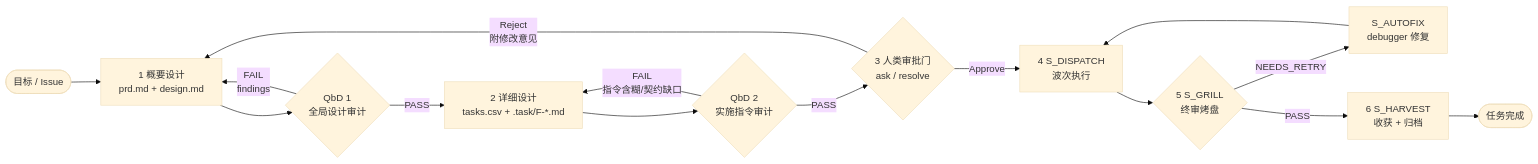
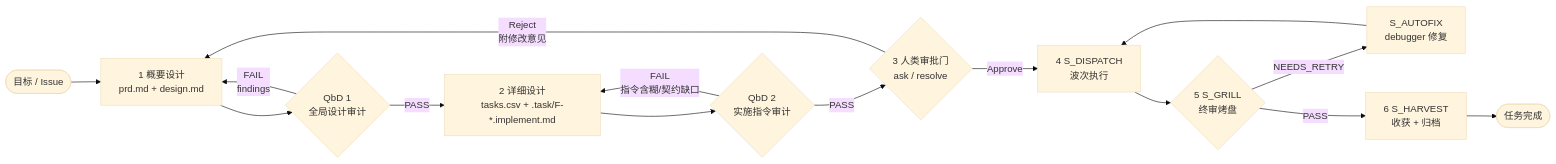
The first of 5 diagrams in README.md (Andyduck-ops/omp-flow), drawn with Mermaid (base theme) before and after one commit. The commit also changed other lines of this file, not shown here.

````diff
--- a/README.md
+++ b/README.md
@@ -327,22 +328,22 @@
 ```mermaid
 flowchart LR
     Goal([目标 / Issue]) --> Plan["1 概要设计<br/>prd.md + design.md"]
 
     Plan --> Q1{"QbD 1<br/>全局设计审计"}
     Q1 -- FAIL<br/>findings --> Plan
-    Q1 -- PASS --> Detail["2 详细设计<br/>tasks.csv + .task/F-*.md"]
+    Q1 -- PASS --> Detail["2 详细设计<br/>tasks.csv + .task/F-*.implement.md"]
 
     Detail --> Q2{"QbD 2<br/>实施指令审计"}
     Q2 -- FAIL<br/>指令含糊/契约缺口 --> Detail
     Q2 -- PASS --> Human{"3 人类审批门<br/>ask / resolve"}
 
     Human -- Reject<br/>附修改意见 --> Plan
     Human -- Approve --> Dispatch["4 S_DISPATCH<br/>波次执行"]
 
     Dispatch --> Grill{"5 S_GRILL<br/>终审烤盘"}
     Grill -- NEEDS_RETRY --> Fix["S_AUTOFIX<br/>debugger 修复"]
     Fix --> Dispatch
     Grill -- PASS --> Harvest["6 S_HARVEST<br/>收获 + 归档"]
 
     Harvest --> Done([任务完成])
 ```
````
